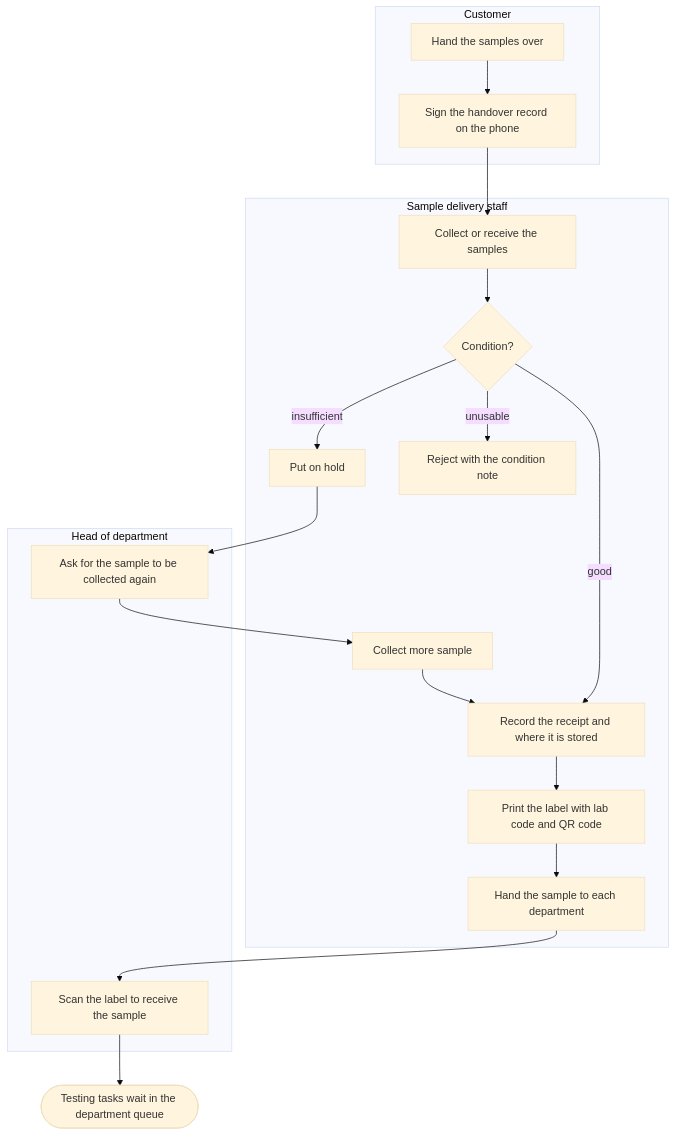
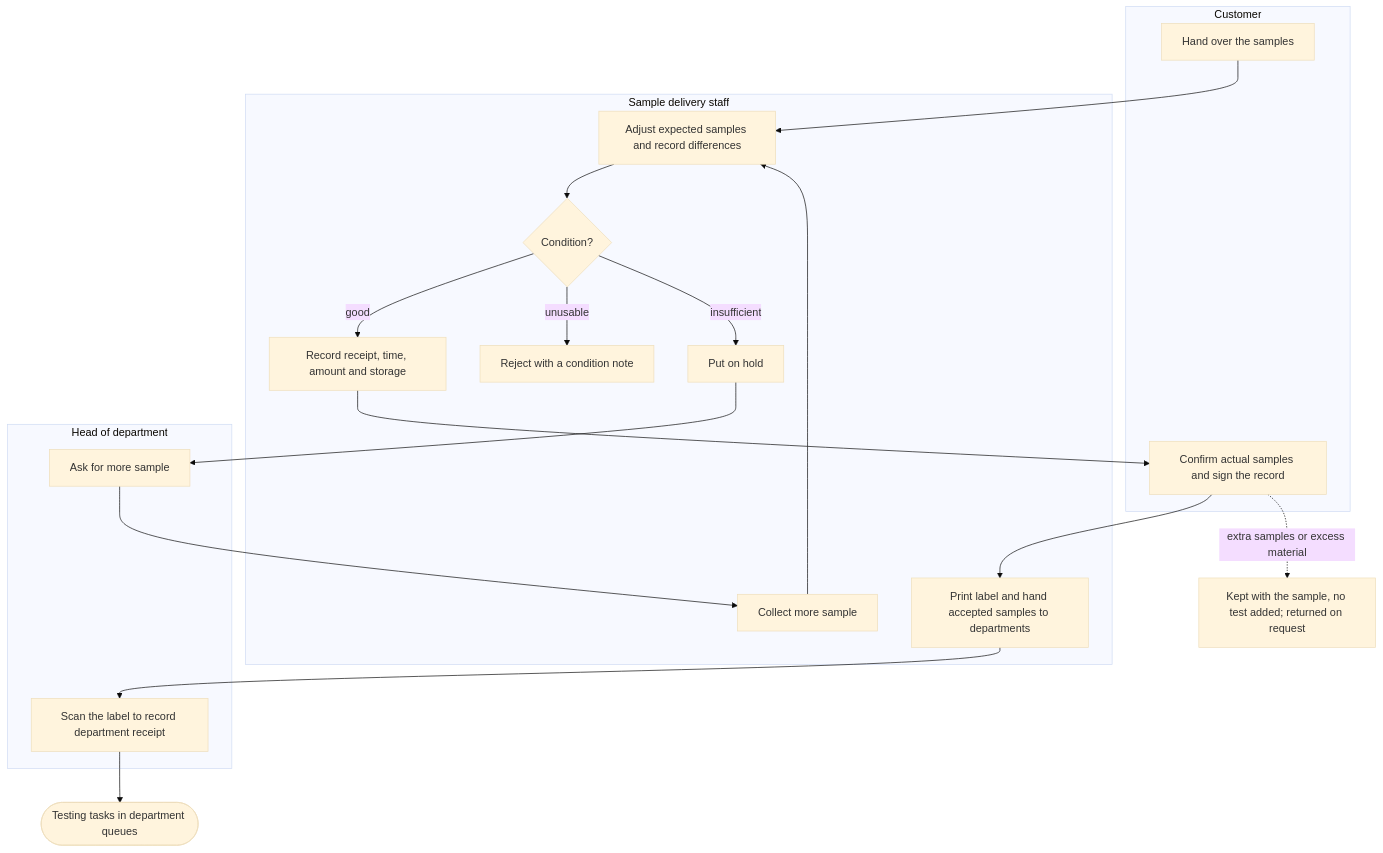
One commit to SoltuneMontepre/medilab changed the second of 17 diagrams in docs/functional/business-flows.md. Above: the diagram before and after it, drawn with Mermaid (base theme). The commit also changed other lines of this file and 47 other files, not shown here.

````diff
--- a/docs/functional/business-flows.md
+++ b/docs/functional/business-flows.md
@@ -102,22 +96,23 @@
 ```mermaid
 flowchart TD
     subgraph lane5 ["Customer"]
-        c1[Hand the samples over] --> c2[Sign the handover record on the phone]
+        c1[Hand over the samples]
+        c2[Confirm actual samples and sign the record]
     end
     subgraph lane6 ["Sample delivery staff"]
-        d1[Collect or receive the samples] --> d2{Condition?}
-        d2 -->|good| d3[Record the receipt and where it is stored]
-        d3 --> d4[Print the label with lab code and QR code]
-        d4 --> d5[Hand the sample to each department]
-        d2 -->|unusable| d6[Reject with the condition note]
+        d1[Adjust expected samples and record differences] --> d2{Condition?}
+        d2 -->|good| d3[Record receipt, time, amount and storage]
+        d2 -->|unusable| d6[Reject with a condition note]
         d2 -->|insufficient| d7[Put on hold]
+        d4[Print label and hand accepted samples to departments]
         d8[Collect more sample]
     end
     subgraph lane7 ["Head of department"]
-        h1[Ask for the sample to be collected again]
-        h2[Scan the label to receive the sample]
+        h1[Ask for more sample]
+        h2[Scan the label to record department receipt]
     end
-    c2 --> d1
-    d7 --> h1 --> d8 --> d3
-    d5 --> h2 --> done([Testing tasks wait in the department queue])
+    c1 --> d1
+    d3 --> c2 --> d4 --> h2 --> done([Testing tasks in department queues])
+    c2 -.->|extra samples or excess material| keep[Kept with the sample, no test added; returned on request]
+    d7 --> h1 --> d8 --> d1
 ```
````
